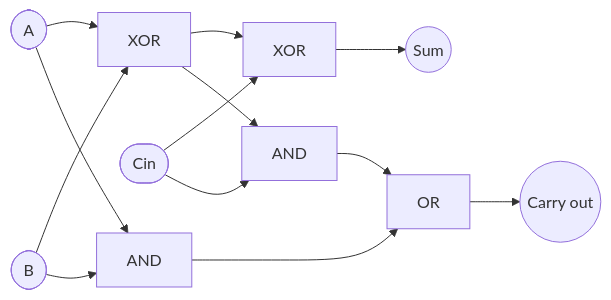
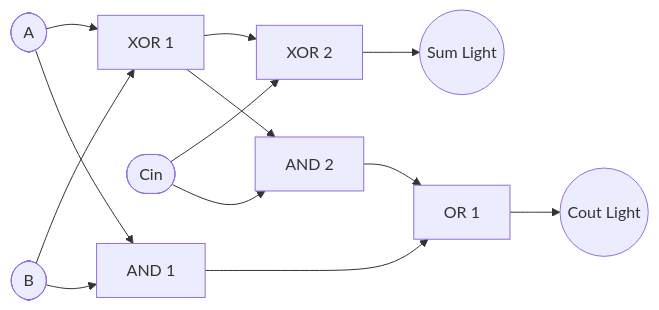
One commit to dipankarkumarroy/LogicSim3 changed the diagram in README.md. Above: the diagram before and after it, drawn with Mermaid. The commit also changed other lines of this file, not shown here.

````diff
--- a/README.md
+++ b/README.md
@@ -43,15 +226,16 @@
 ```mermaid
 flowchart LR
-    A([A]) --> X1[XOR]
+    A([A]) --> X1[XOR 1]
     B([B]) --> X1
-    X1 --> X2[XOR]
+    X1 --> X2[XOR 2]
     Cin([Cin]) --> X2
-    X2 --> Sum((Sum))
-    A --> G1[AND]
-    B --> G1
-    X1 --> G2[AND]
-    Cin --> G2
-    G1 --> O1[OR]
-    G2 --> O1
-    O1 --> Cout((Carry out))
+    X2 --> Sum((Sum Light))
+    
+    A --> A1[AND 1]
+    B --> A1
+    X1 --> A2[AND 2]
+    Cin --> A2
+    A1 --> O1[OR 1]
+    A2 --> O1
+    O1 --> Cout((Cout Light))
 ```
````
